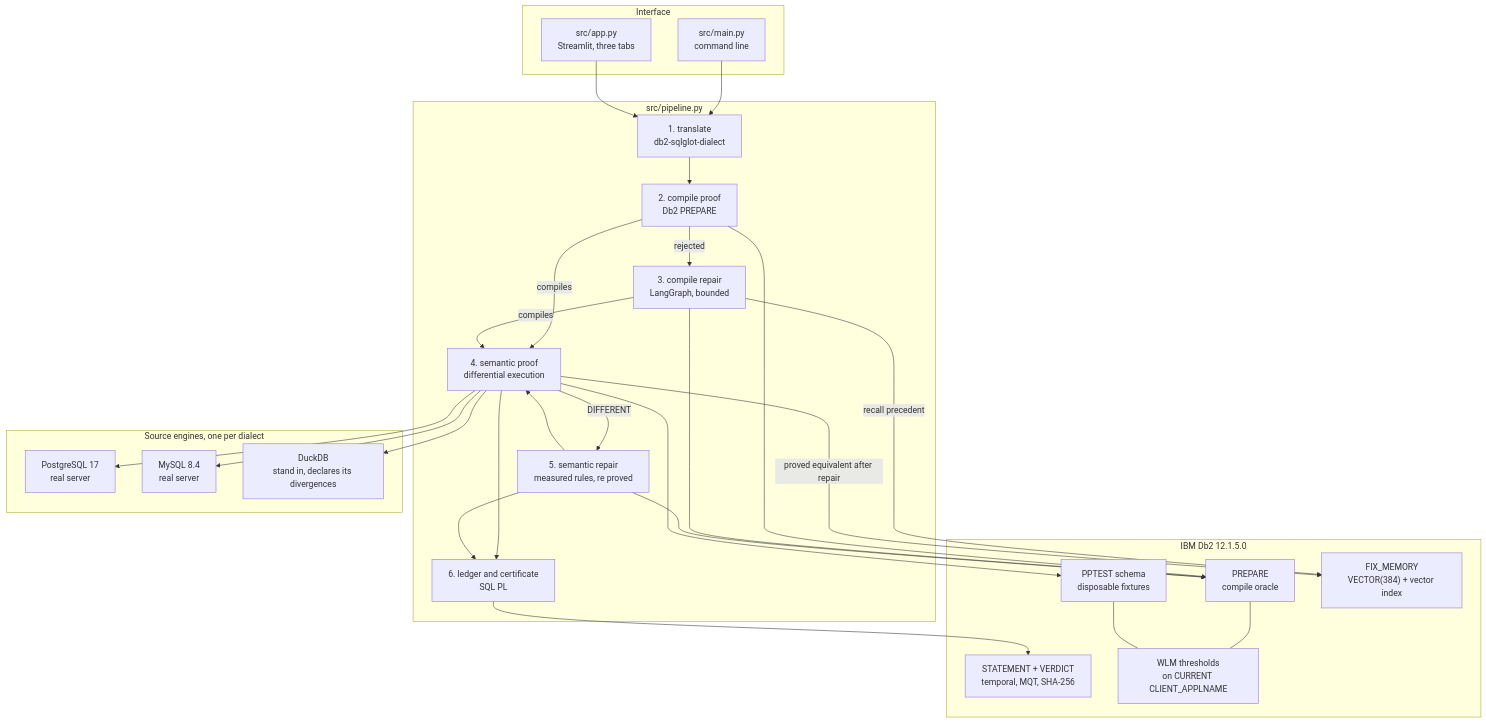
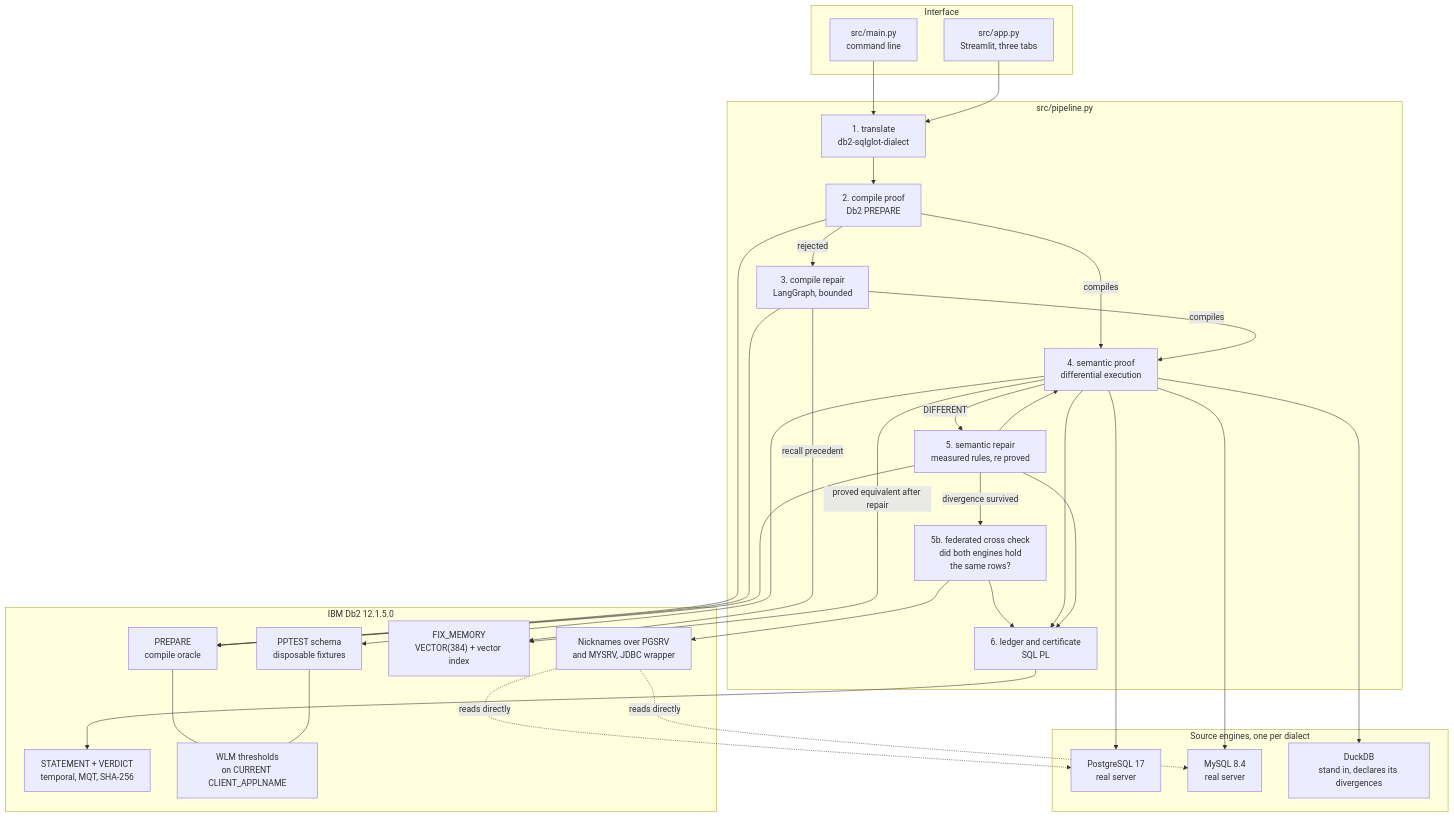
Before and after one commit to KunalGolaIBM/IBM_Db2_TechX_Project_Submission: the diagram in submissions/portproof/architecture.md, drawn with Mermaid. The commit also changed other lines of this file and 11 other files, not shown here.

````diff
--- a/submissions/portproof/architecture.md
+++ b/submissions/portproof/architecture.md
@@ -24,52 +24,59 @@
 ```mermaid
 graph TD
     subgraph UI["Interface"]
         CLI["src/main.py<br/>command line"]
         APP["src/app.py<br/>Streamlit, three tabs"]
     end
 
     subgraph PIPE["src/pipeline.py"]
         T["1. translate<br/>db2-sqlglot-dialect"]
         C["2. compile proof<br/>Db2 PREPARE"]
         R["3. compile repair<br/>LangGraph, bounded"]
         S["4. semantic proof<br/>differential execution"]
         SR["5. semantic repair<br/>measured rules, re proved"]
+        F["5b. federated cross check<br/>did both engines hold<br/>the same rows?"]
         L["6. ledger and certificate<br/>SQL PL"]
     end
 
     subgraph SRC["Source engines, one per dialect"]
         PG["PostgreSQL 17<br/>real server"]
         MY["MySQL 8.4<br/>real server"]
         DD["DuckDB<br/>stand in, declares its divergences"]
     end
 
     subgraph DB2["IBM Db2 12.1.5.0"]
         PREP["PREPARE<br/>compile oracle"]
         FIX["PPTEST schema<br/>disposable fixtures"]
         MEM["FIX_MEMORY<br/>VECTOR(384) + vector index"]
         LED["STATEMENT + VERDICT<br/>temporal, MQT, SHA-256"]
         WLM["WLM thresholds<br/>on CURRENT CLIENT_APPLNAME"]
+        NICK["Nicknames over PGSRV<br/>and MYSRV, JDBC wrapper"]
     end
 
     CLI --> T
     APP --> T
     T --> C --> PREP
     C -->|rejected| R
     R -->|recall precedent| MEM
     R --> PREP
     C -->|compiles| S
     R -->|compiles| S
     S --> PG
     S --> MY
     S --> DD
     S --> FIX
     S -->|DIFFERENT| SR
     SR --> PREP
     SR --> S
+    SR -->|divergence survived| F
+    F --> NICK
+    NICK -.->|reads directly| PG
+    NICK -.->|reads directly| MY
+    F --> L
     S --> L
     SR --> L
     L --> LED
     S -->|proved equivalent after repair| MEM
     PREP --- WLM
     FIX --- WLM
 ```
````
